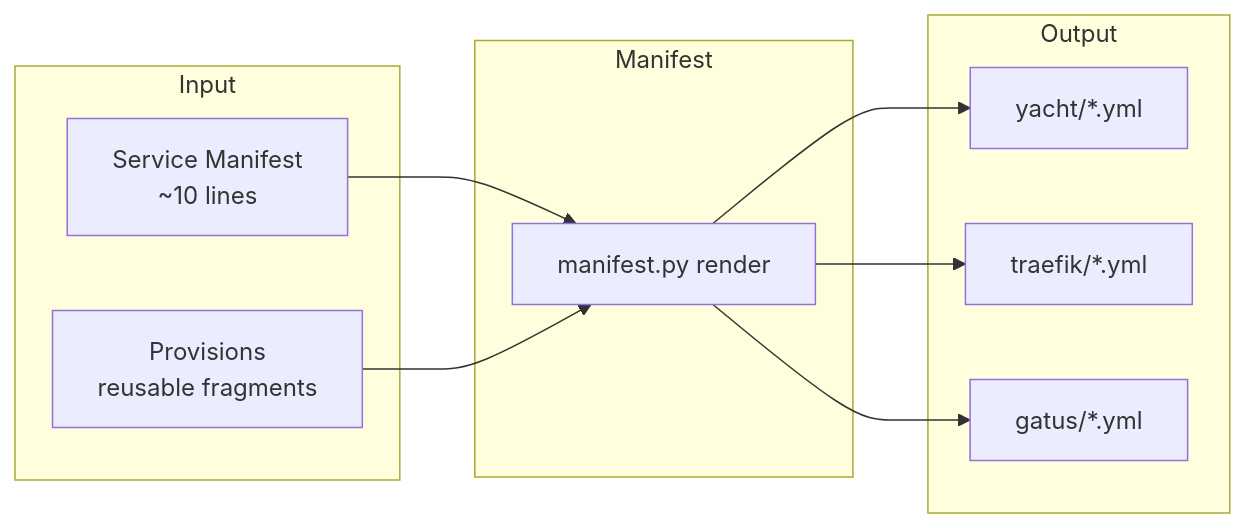
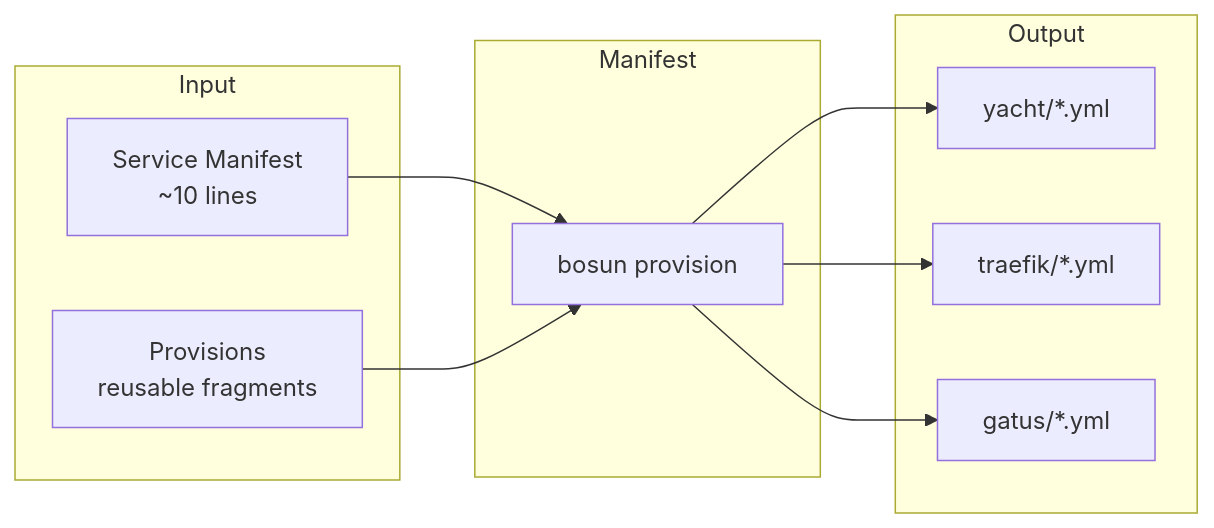
One commit to cameronsjo/bosun changed the first of 7 diagrams in docs/adr/0001-manifest-system.md. Above: the diagram before and after it, drawn with Mermaid. The commit also changed other lines of this file and 8 other files, not shown here.

First line of the commit message:
docs: modernize mermaid diagrams across all docs

````diff
--- a/docs/adr/0001-manifest-system.md
+++ b/docs/adr/0001-manifest-system.md
@@ -33,23 +33,23 @@
 ```mermaid
 flowchart LR
     subgraph Input
         M[Service Manifest<br/>~10 lines]
         P[Provisions<br/>reusable fragments]
     end
 
     subgraph Manifest
-        R[manifest.py render]
+        R[bosun provision]
     end
 
     subgraph Output
         C[yacht/*.yml]
         T[traefik/*.yml]
         G[gatus/*.yml]
     end
 
     M --> R
     P --> R
     R --> C
     R --> T
     R --> G
 ```
````
